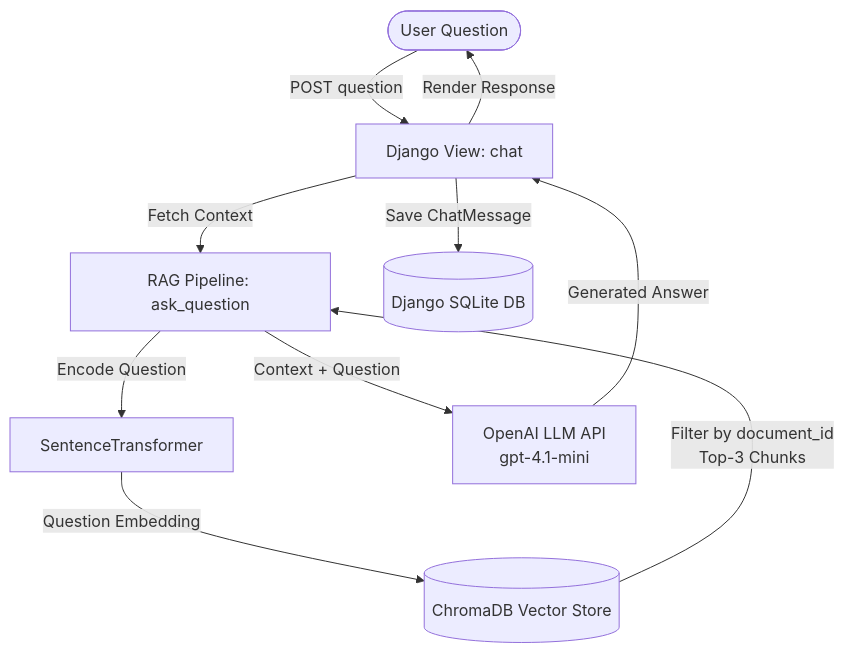
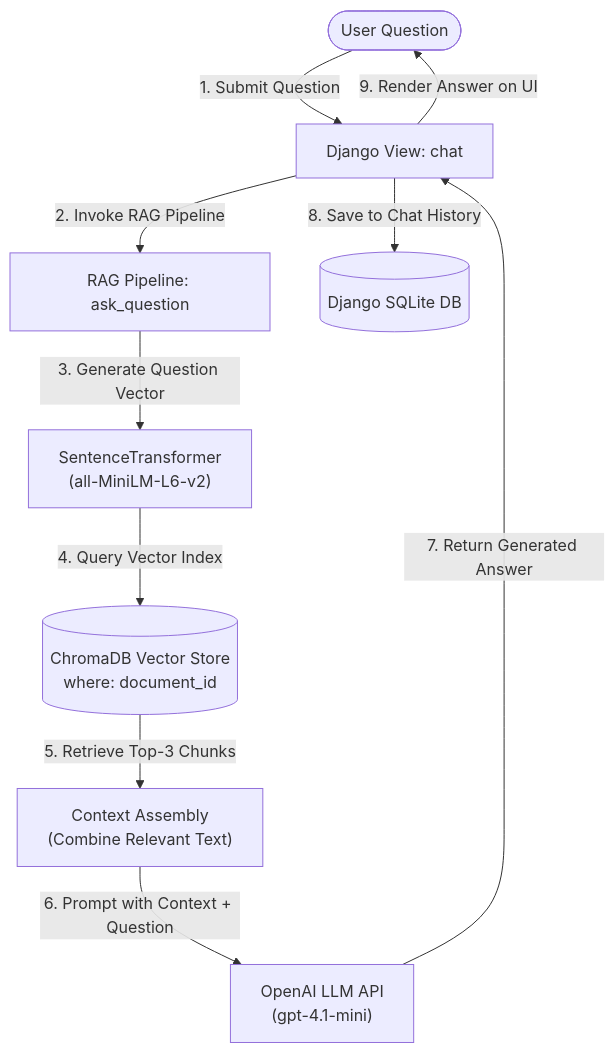
One commit to SENTHIL-NETXYPER/techjays_rag_senthil changed the second of 2 diagrams in README.md. Above: the diagram before and after it, drawn with Mermaid. The commit also changed other lines of this file, not shown here.

Commit message:
Clarify architecture flowcharts with step-by-step sequential flow

````diff
--- a/README.md
+++ b/README.md
@@ -69,12 +69,12 @@
 ```mermaid
 flowchart TD
-    UserQ(["User Question"]) -->|POST question| DjangoChat["Django View: chat"]
-    DjangoChat -->|Fetch Context| RAGPipeline["RAG Pipeline: ask_question"]
-    RAGPipeline -->|Encode Question| QueryEncoder["SentenceTransformer"]
-    QueryEncoder -->|Question Embedding| ChromaDB[("ChromaDB Vector Store")]
-    ChromaDB -->|Filter by document_id<br/>Top-3 Chunks| RAGPipeline
-    RAGPipeline -->|Context + Question| OpenAI["OpenAI LLM API<br/>gpt-4.1-mini"]
-    OpenAI -->|Generated Answer| DjangoChat
-    DjangoChat -->|Save ChatMessage| SQLite[("Django SQLite DB")]
-    DjangoChat -->|Render Response| UserQ
+    UserQ(["User Question"]) -->|1. Submit Question| DjangoChat["Django View: chat"]
+    DjangoChat -->|2. Invoke RAG Pipeline| RAGPipeline["RAG Pipeline: ask_question"]
+    RAGPipeline -->|3. Generate Question Vector| QueryEncoder["SentenceTransformer<br/>(all-MiniLM-L6-v2)"]
+    QueryEncoder -->|4. Query Vector Index| ChromaDB[("ChromaDB Vector Store<br/>where: document_id")]
+    ChromaDB -->|5. Retrieve Top-3 Chunks| ContextBuilder["Context Assembly<br/>(Combine Relevant Text)"]
+    ContextBuilder -->|6. Prompt with Context + Question| OpenAI["OpenAI LLM API<br/>(gpt-4.1-mini)"]
+    OpenAI -->|7. Return Generated Answer| DjangoChat
+    DjangoChat -->|8. Save to Chat History| SQLite[("Django SQLite DB")]
+    DjangoChat -->|9. Render Answer on UI| UserQ
 ```
````
